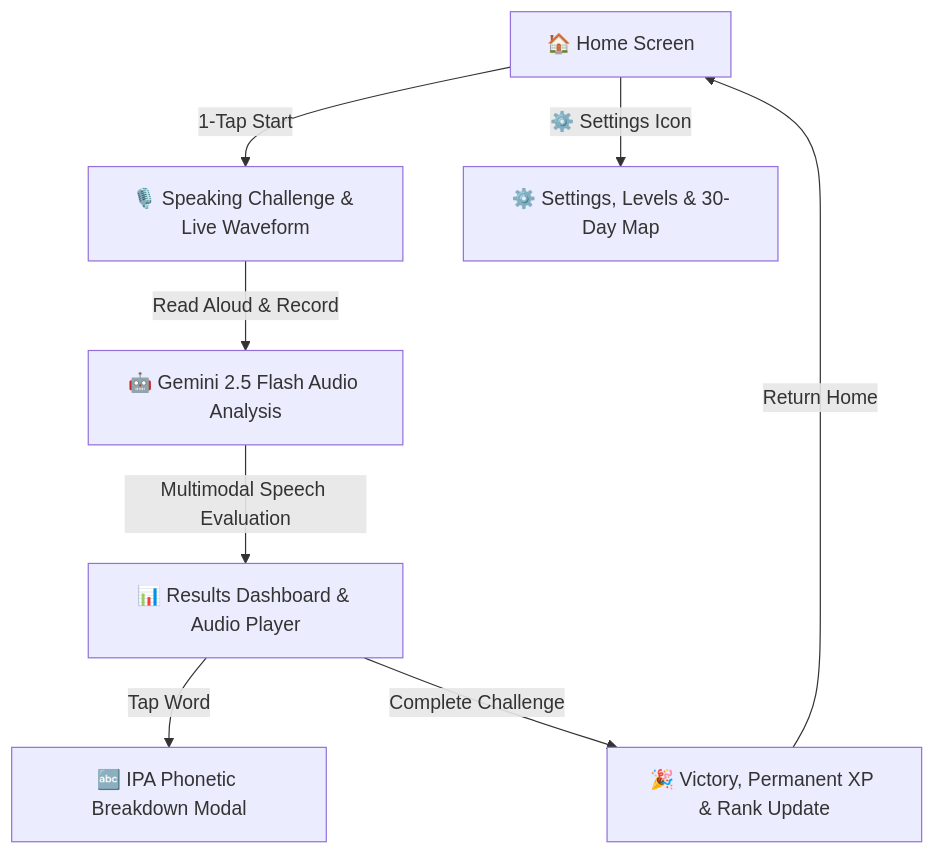
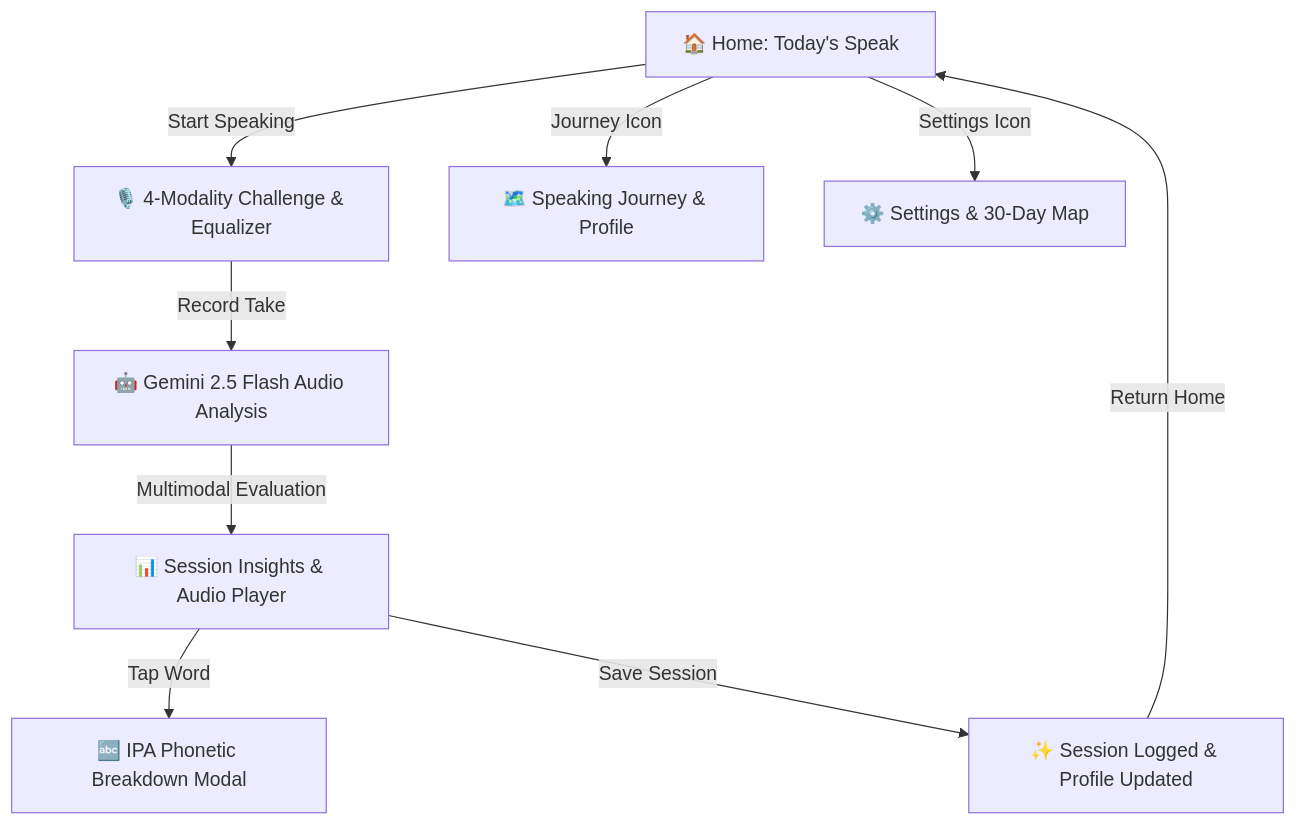
One commit to Snaehath/SayWise changed the diagram in README.md. Above: the diagram before and after it, drawn with Mermaid. The commit also changed other lines of this file and 27 other files, not shown here.

Commit message:
feat: implement core navigation, challenge execution, storage, and analysis workflows with supporting components and screens

````diff
--- a/README.md
+++ b/README.md
@@ -57,10 +42,11 @@
 ```mermaid
 graph TD
-    A[🏠 Home Screen] -->|1-Tap Start| C[🎙️ Speaking Challenge & Live Waveform]
-    A -->|⚙️ Settings Icon| S[⚙️ Settings, Levels & 30-Day Map]
-    C -->|Read Aloud & Record| D[🤖 Gemini 2.5 Flash Audio Analysis]
-    D -->|Multimodal Speech Evaluation| E[📊 Results Dashboard & Audio Player]
+    A[🏠 Home: Today's Speak] -->|Start Speaking| C[🎙️ 4-Modality Challenge & Equalizer]
+    A -->|Journey Icon| J[🗺️ Speaking Journey & Profile]
+    A -->|Settings Icon| S[⚙️ Settings & 30-Day Map]
+    C -->|Record Take| D[🤖 Gemini 2.5 Flash Audio Analysis]
+    D -->|Multimodal Evaluation| E[📊 Session Insights & Audio Player]
     E -->|Tap Word| F[🔤 IPA Phonetic Breakdown Modal]
-    E -->|Complete Challenge| H[🎉 Victory, Permanent XP & Rank Update]
+    E -->|Save Session| H[✨ Session Logged & Profile Updated]
     H -->|Return Home| A
 ```
````
